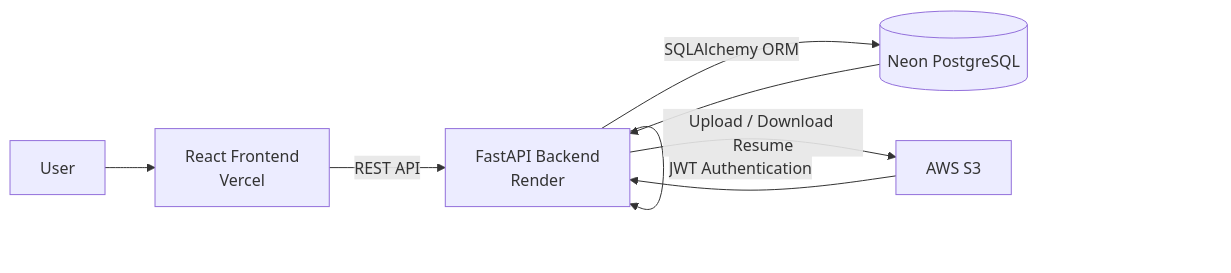
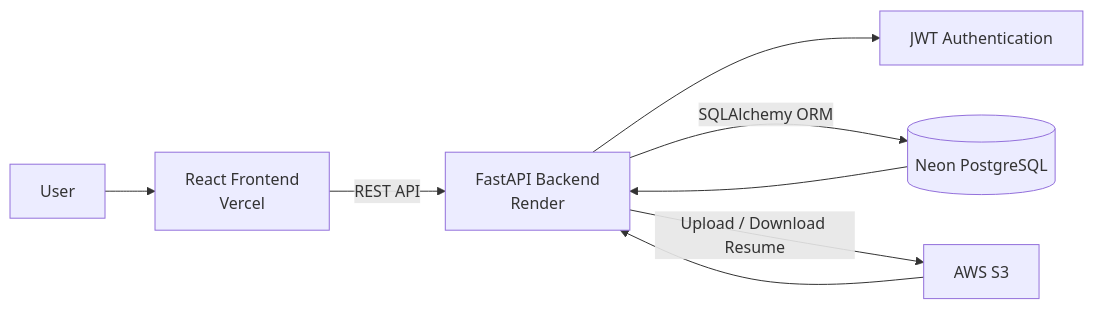
The diagram in README.md (rahul2k57/job-application-tracker), drawn with Mermaid before and after one commit.

Commit message:
Update JWT Authentication flow in README

````diff
--- a/README.md
+++ b/README.md
@@ -50,12 +50,12 @@
 ```mermaid
 graph LR
     A[User] --> B[React Frontend<br/>Vercel]
     B -->|REST API| C[FastAPI Backend<br/>Render]
 
-    C -->|JWT Authentication| C
+    C --> F[JWT Authentication]
     C -->|SQLAlchemy ORM| D[(Neon PostgreSQL)]
     C -->|Upload / Download Resume| E[AWS S3]
 
     D --> C
     E --> C
 ```
````
